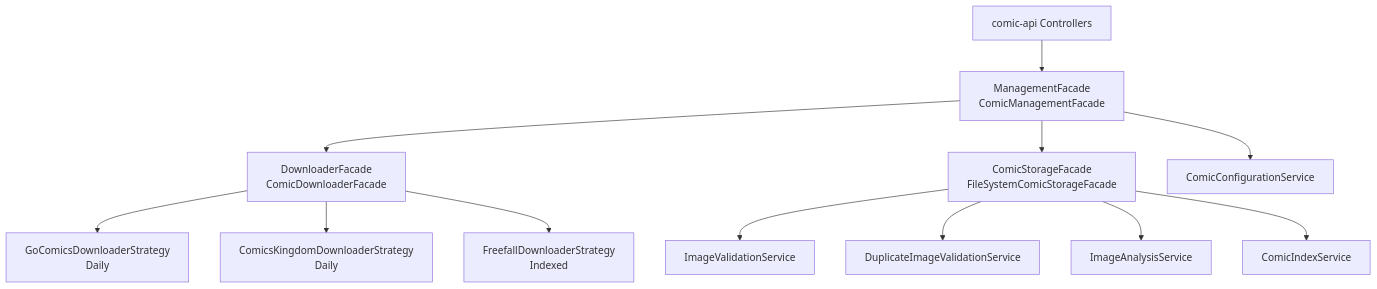
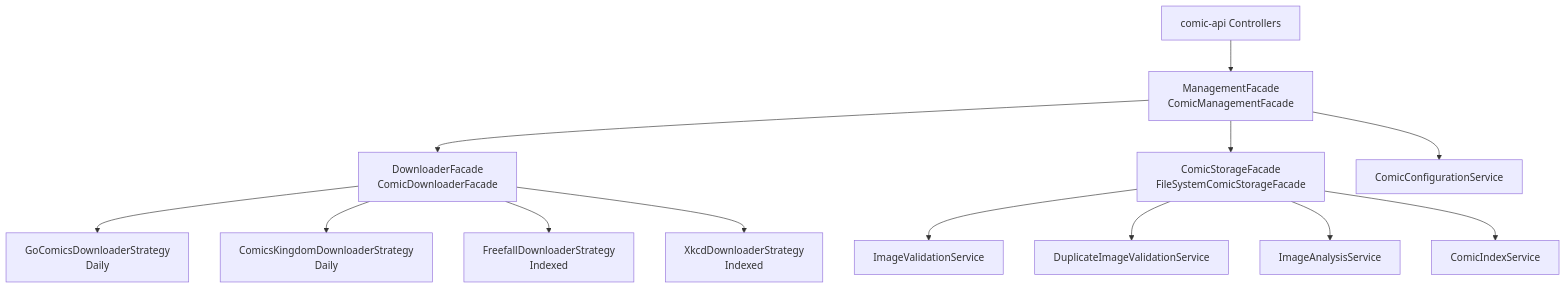
One commit to KKDad/ComicCacher changed the second of 2 diagrams in docs/design/architecture.md. Above: the diagram before and after it, drawn with Mermaid. The commit also changed other lines of this file and 13 other files, not shown here.

First line of the commit message:
Add xkcd as an indexed comic source (#457)

````diff
--- a/docs/design/architecture.md
+++ b/docs/design/architecture.md
@@ -82,20 +82,21 @@
 ```mermaid
 graph TD
     API[comic-api Controllers]
     MF[ManagementFacade\nComicManagementFacade]
     DF[DownloaderFacade\nComicDownloaderFacade]
     SF[ComicStorageFacade\nFileSystemComicStorageFacade]
     CC[ComicConfigurationService]
 
     API --> MF
     MF --> DF
     MF --> SF
     MF --> CC
     DF --> GoComics[GoComicsDownloaderStrategy\nDaily]
     DF --> CK[ComicsKingdomDownloaderStrategy\nDaily]
     DF --> FF[FreefallDownloaderStrategy\nIndexed]
+    DF --> XK[XkcdDownloaderStrategy\nIndexed]
     SF --> IV[ImageValidationService]
     SF --> DV[DuplicateImageValidationService]
     SF --> IA[ImageAnalysisService]
     SF --> CIS[ComicIndexService]
 ```
````
